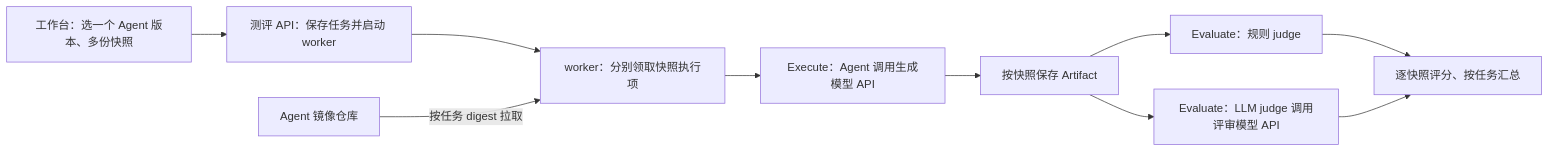
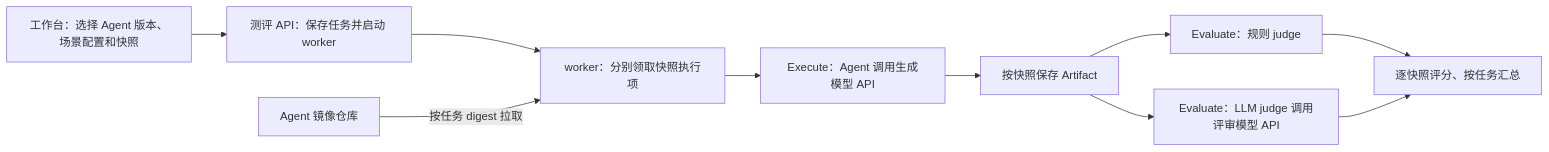
The first of 2 diagrams in docs/superpowers/specs/2026-11-23-offline-plan-eval.md (zhaochy1990/running), drawn with Mermaid before and after one commit. The commit also changed other lines of this file and 1 other file, not shown here.

````diff
--- a/docs/superpowers/specs/2026-11-23-offline-plan-eval.md
+++ b/docs/superpowers/specs/2026-11-23-offline-plan-eval.md
@@ -28,12 +30,12 @@
 ```mermaid
 flowchart LR
-    UI["工作台：选一个 Agent 版本、多份快照"] --> API["测评 API：保存任务并启动 worker"]
+    UI["工作台：选择 Agent 版本、场景配置和快照"] --> API["测评 API：保存任务并启动 worker"]
     API --> W["worker：分别领取快照执行项"]
     REG["Agent 镜像仓库"] -->|按任务 digest 拉取| W
     W --> EX["Execute：Agent 调用生成模型 API"]
     EX --> STORE["按快照保存 Artifact"]
     STORE --> RULE["Evaluate：规则 judge"]
     STORE --> LLM["Evaluate：LLM judge 调用评审模型 API"]
     RULE --> REP["逐快照评分、按任务汇总"]
     LLM --> REP
 ```
````
